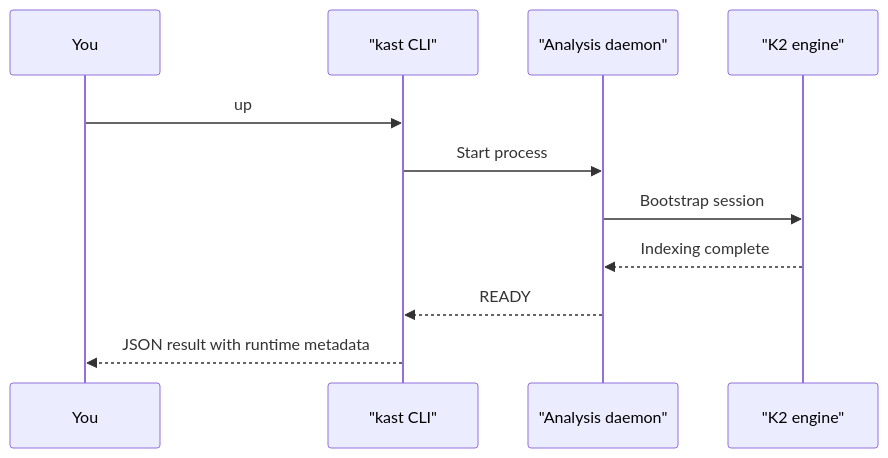
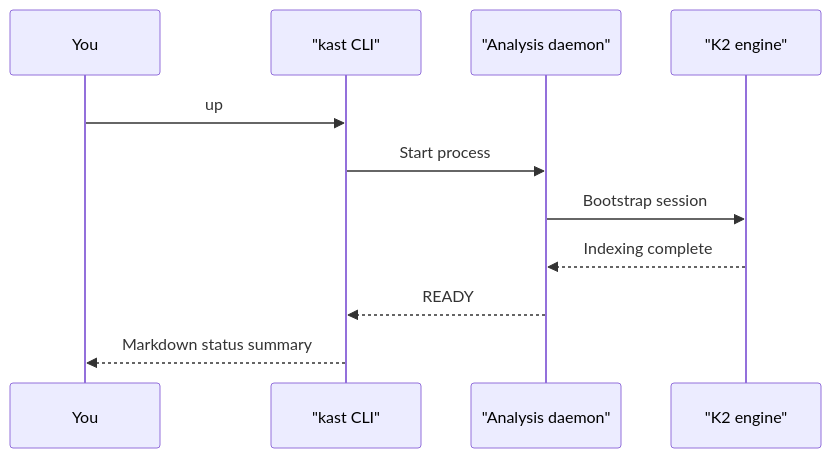
The diagram in docs/getting-started/quickstart.md (amichne/kast), drawn with Mermaid before and after one commit. The commit also changed other lines of this file and 19 other files, not shown here.

````diff
--- a/docs/getting-started/quickstart.md
+++ b/docs/getting-started/quickstart.md
@@ -47,14 +48,14 @@
 ```mermaid
 sequenceDiagram
     participant You
     participant CLI as "kast CLI"
     participant Daemon as "Analysis daemon"
     participant K2 as "K2 engine"
 
     You->>CLI: up
     CLI->>Daemon: Start process
     Daemon->>K2: Bootstrap session
     K2-->>Daemon: Indexing complete
     Daemon-->>CLI: READY
-    CLI-->>You: JSON result with runtime metadata
+    CLI-->>You: Markdown status summary
 ```
````
